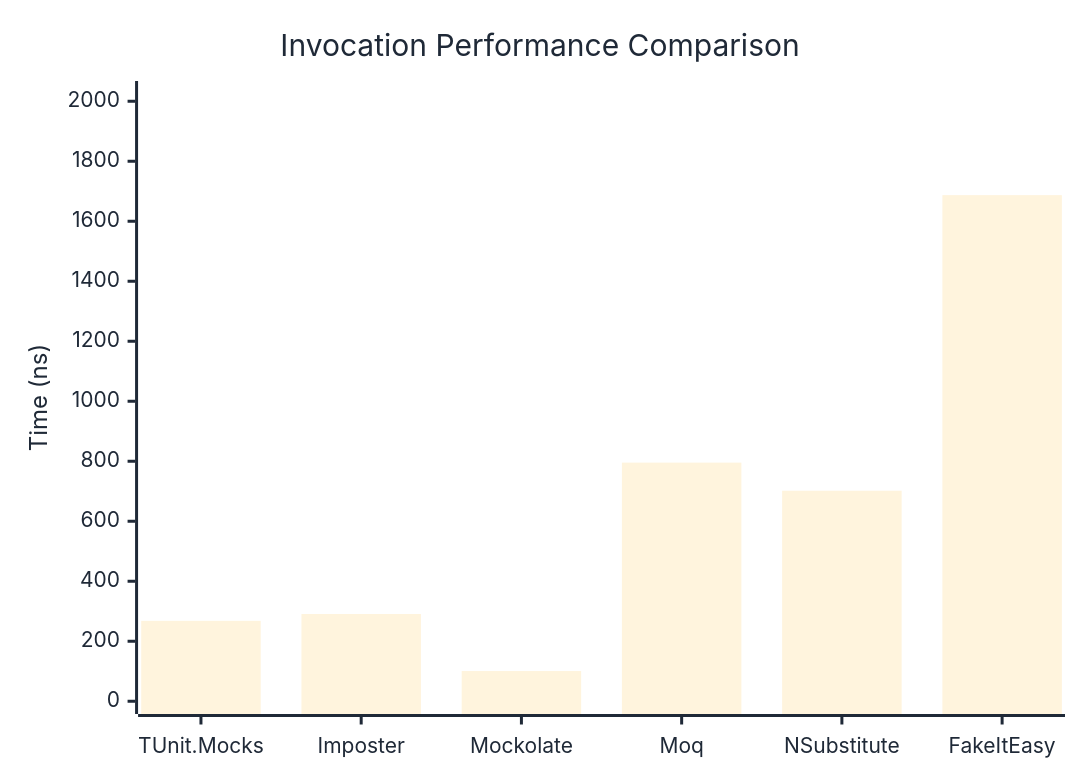
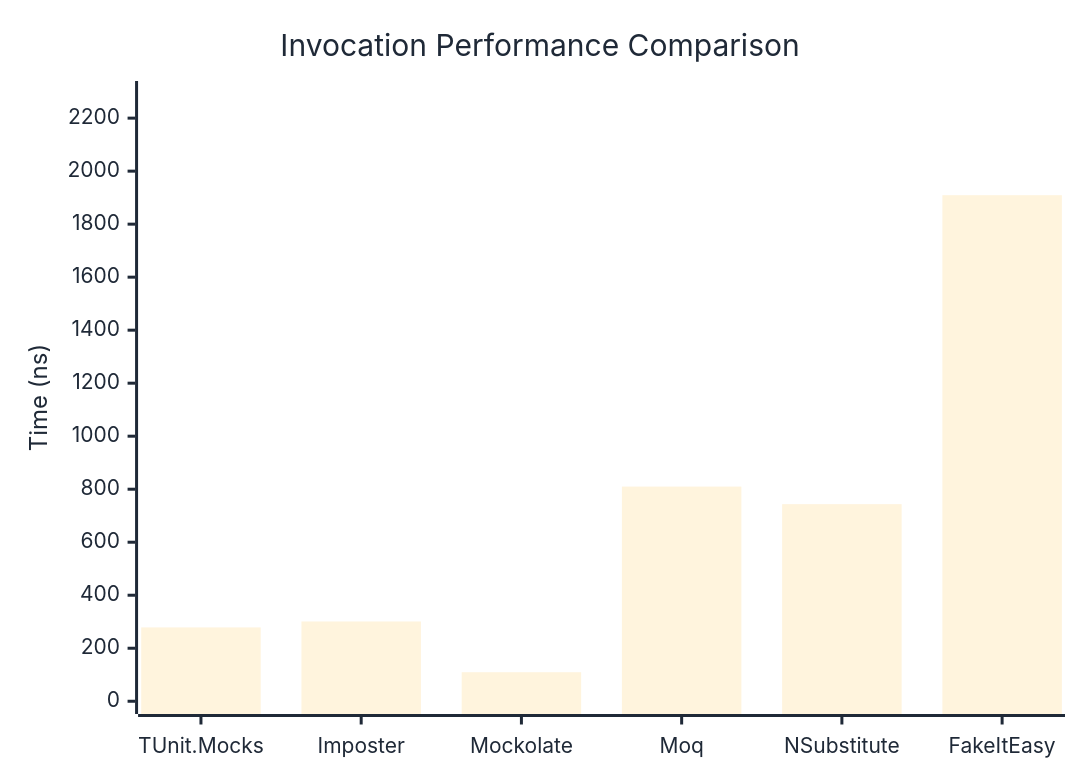
Before and after one commit to thomhurst/TUnit: the first of 3 diagrams in docs/docs/benchmarks/mocks/Invocation.md, drawn with Mermaid. The commit also changed other lines of this file and 14 other files, not shown here.

````diff
--- a/docs/docs/benchmarks/mocks/Invocation.md
+++ b/docs/docs/benchmarks/mocks/Invocation.md
@@ -30,27 +30,27 @@
 ```mermaid
 %%{init: {
   'theme':'base',
   'themeVariables': {
     'primaryColor': '#2563eb',
     'primaryTextColor': '#1f2937',
     'primaryBorderColor': '#1e40af',
     'lineColor': '#6b7280',
     'secondaryColor': '#7c3aed',
     'tertiaryColor': '#dc2626',
     'background': '#ffffff',
     'pie1': '#2563eb',
     'pie2': '#7c3aed',
     'pie3': '#dc2626',
     'pie4': '#f59e0b',
     'pie5': '#10b981',
     'pie6': '#06b6d4',
     'pie7': '#ec4899',
     'pie8': '#6366f1'
   }
 }}%%
 xychart-beta
   title "Invocation Performance Comparison"
   x-axis ["TUnit.Mocks", "Imposter", "Mockolate", "Moq", "NSubstitute", "FakeItEasy"]
-  y-axis "Time (ns)" 0 --> 2025
-  bar [267.99, 290.83, 100.69, 795.4, 701.76, 1687.02]
+  y-axis "Time (ns)" 0 --> 2292
+  bar [278.6, 301, 109.5, 809.9, 743.6, 1909.3]
 ```
````
